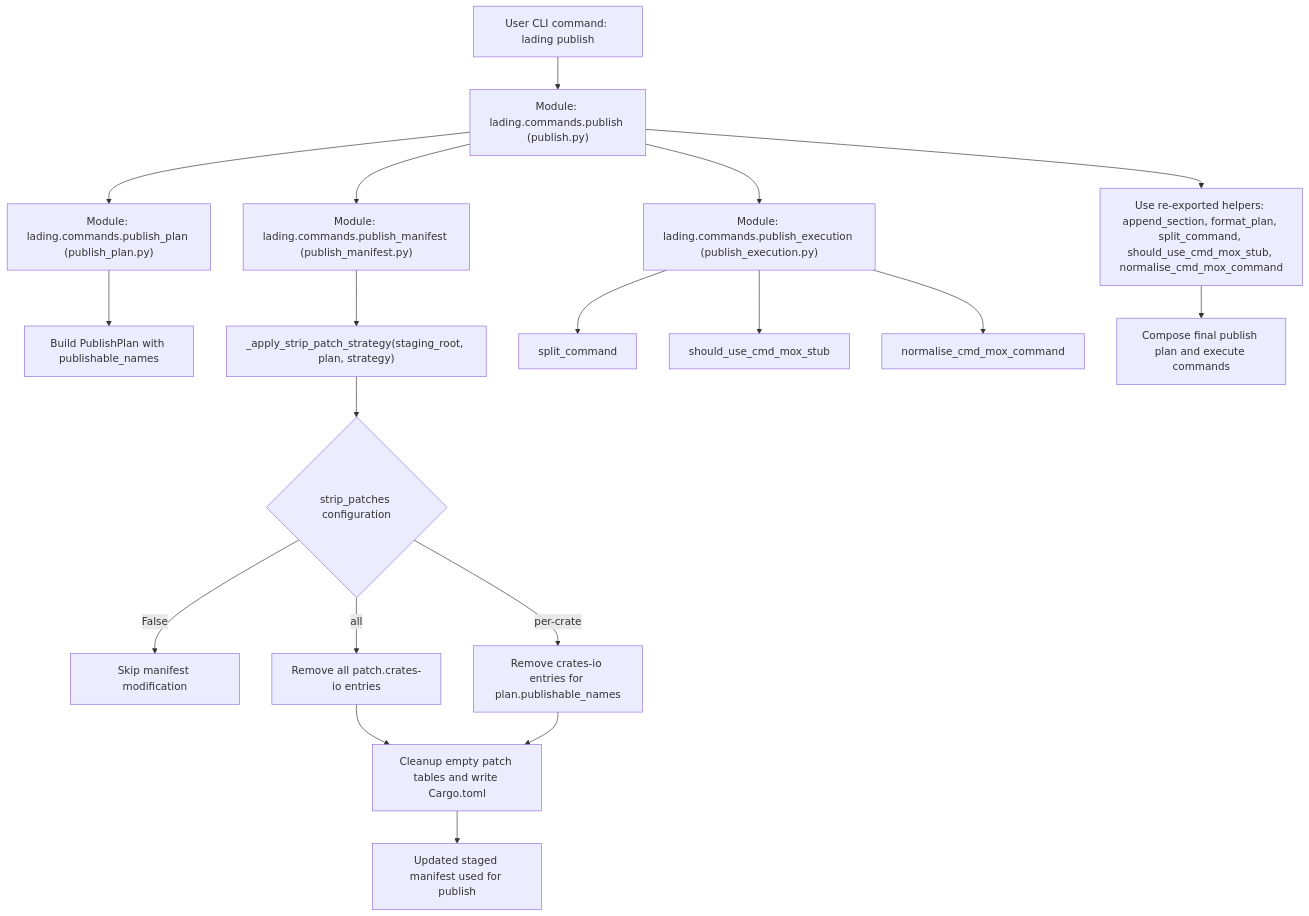
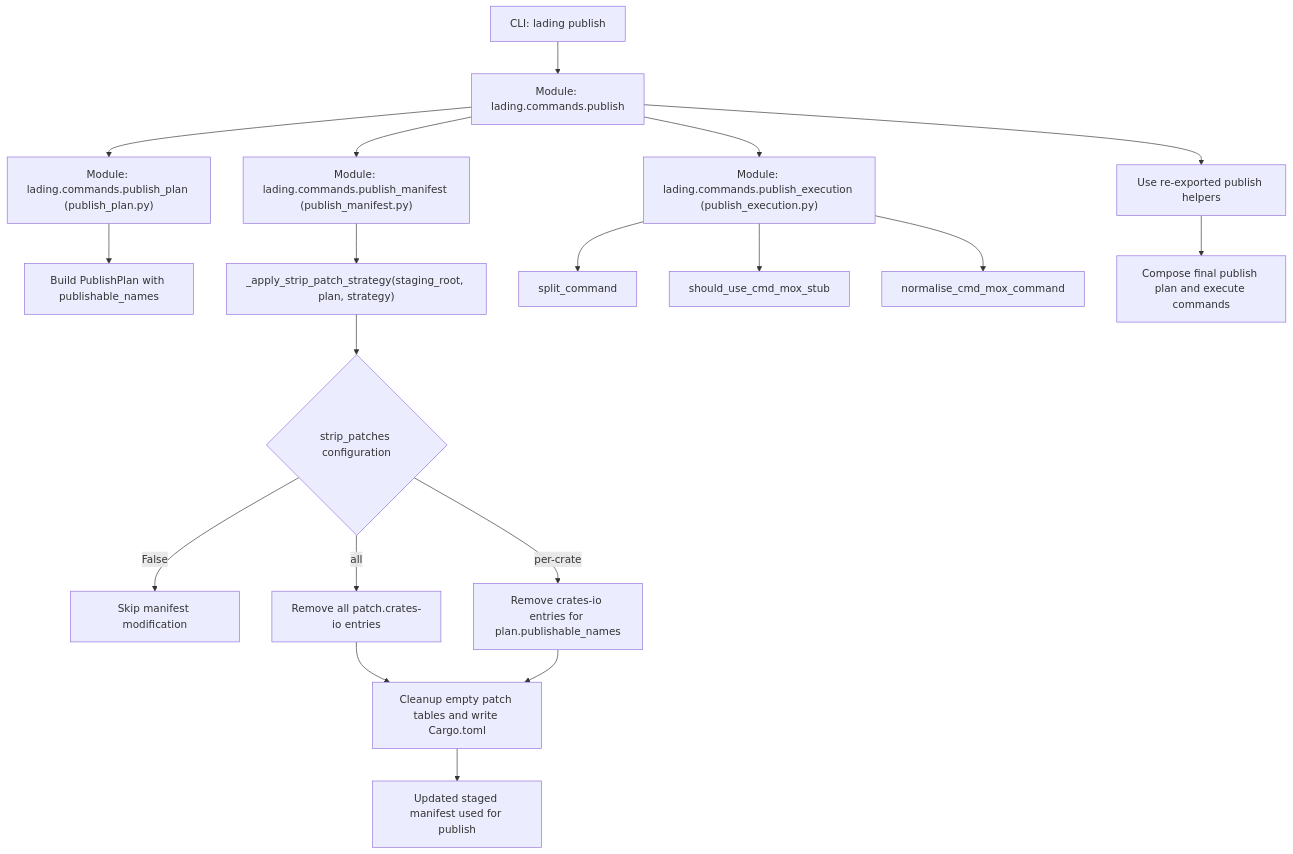
Before and after one commit to leynos/lading: the first of 2 diagrams in docs/lading-design.md, drawn with Mermaid. The commit also changed other lines of this file and 46 other files, not shown here.

````diff
--- a/docs/lading-design.md
+++ b/docs/lading-design.md
@@ -193,23 +193,23 @@
 ```mermaid
 graph TD
-    A["User CLI command: lading publish"] --> B["Module: lading.commands.publish (publish.py)"]
+    A["CLI: lading publish"] --> B["Module: lading.commands.publish"]
     B --> C["Module: lading.commands.publish_plan (publish_plan.py)"]
     C --> C1["Build PublishPlan with publishable_names"]
     B --> D["Module: lading.commands.publish_manifest (publish_manifest.py)"]
     D --> D1["_apply_strip_patch_strategy(staging_root, plan, strategy)"]
     D1 --> D2{"strip_patches configuration"}
     D2 -->|"False"| E["Skip manifest modification"]
     D2 -->|"all"| F["Remove all patch.crates-io entries"]
     D2 -->|"per-crate"| G["Remove crates-io entries for plan.publishable_names"]
     F --> H["Cleanup empty patch tables and write Cargo.toml"]
     G --> H
     H --> I["Updated staged manifest used for publish"]
 
     B --> J["Module: lading.commands.publish_execution (publish_execution.py)"]
     J --> K["split_command"]
     J --> L["should_use_cmd_mox_stub"]
     J --> M["normalise_cmd_mox_command"]
 
-    B --> N["Use re-exported helpers: append_section, format_plan, split_command, should_use_cmd_mox_stub, normalise_cmd_mox_command"]
+    B --> N["Use re-exported publish helpers"]
     N --> O["Compose final publish plan and execute commands"]
 ```
````
